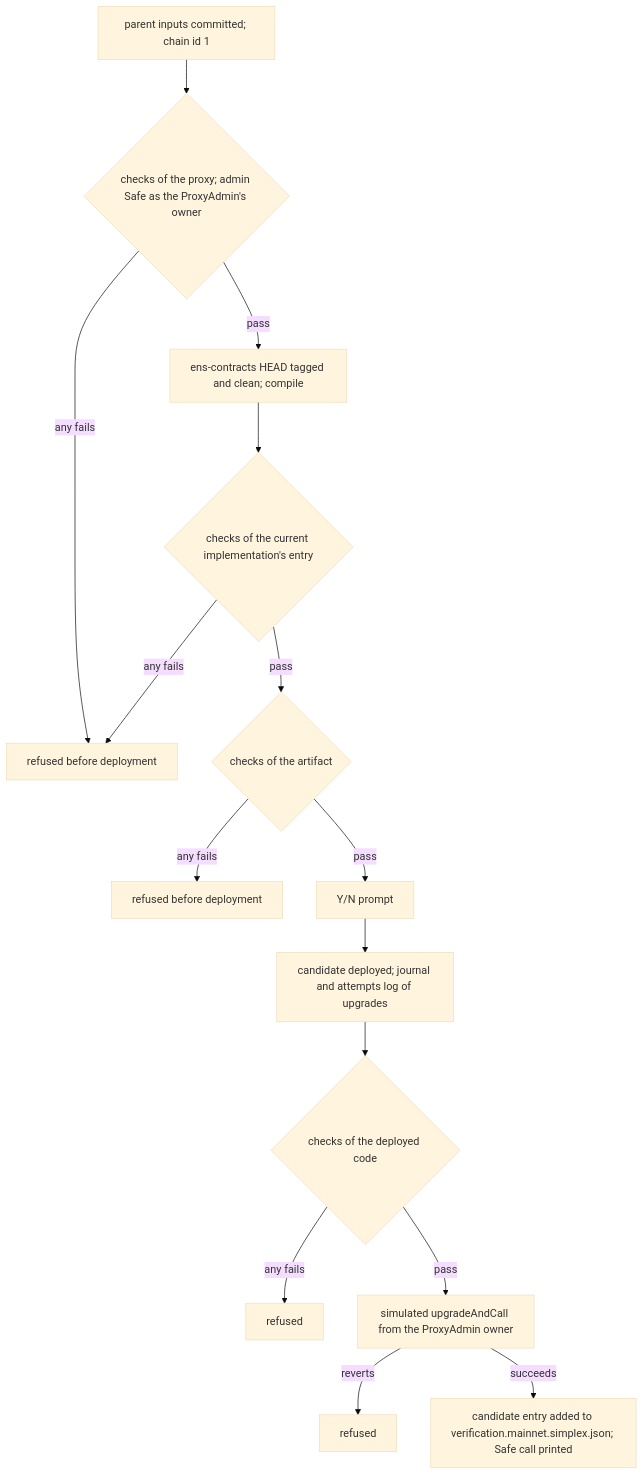
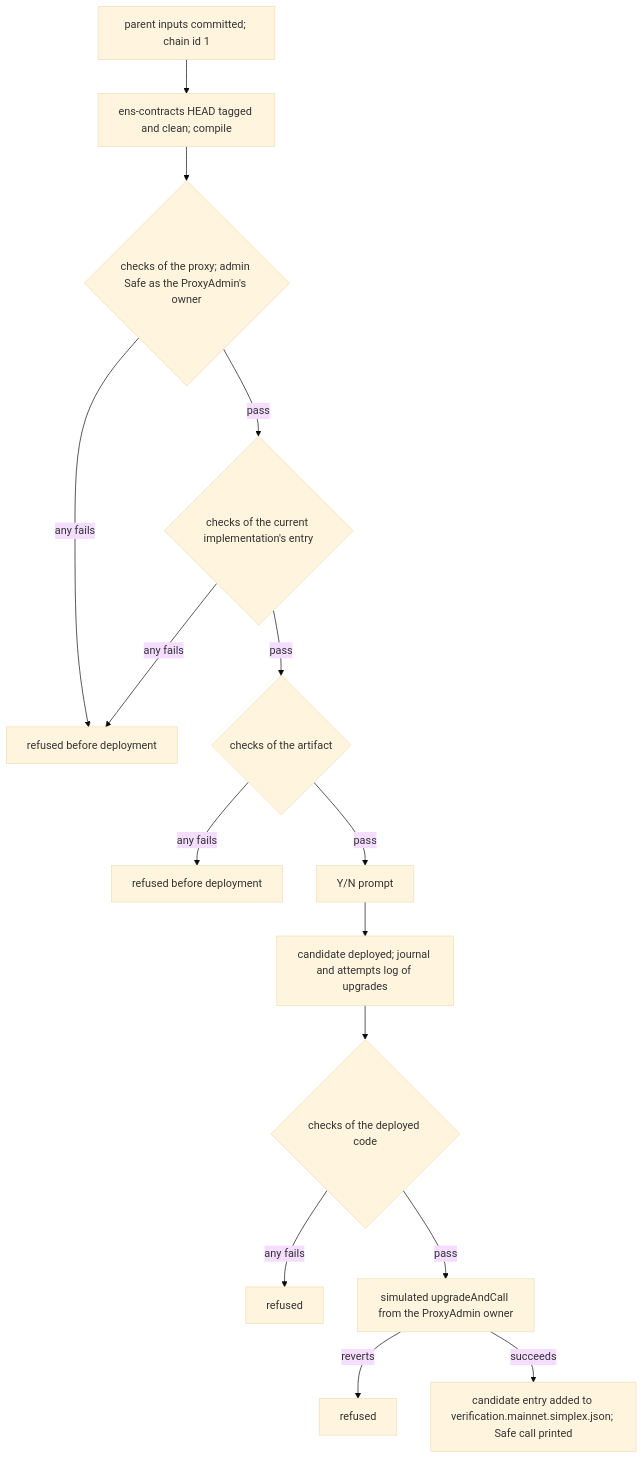
Before and after one commit to brenzi-agent/simplex-namespace-contract: the sixth of 7 diagrams in docs/deployment.md, drawn with Mermaid (base theme). The commit also changed other lines of this file, not shown here.

Commit message:
docs: runbook for the round-3 scripts, Safe signing and run 1 from main

````diff
--- a/docs/deployment.md
+++ b/docs/deployment.md
@@ -988,17 +1020,17 @@
 ```mermaid
 flowchart TD
-  C[parent inputs committed; chain id 1] --> O{checks of the proxy; admin Safe as the ProxyAdmin's owner}
+  C[parent inputs committed; chain id 1] --> S[ens-contracts HEAD tagged and clean; compile]
+  S --> O{checks of the proxy; admin Safe as the ProxyAdmin's owner}
   O -->|any fails| X0[refused before deployment]
-  O -->|pass| S[ens-contracts HEAD tagged and clean; compile]
-  S --> A{checks of the current implementation's entry}
+  O -->|pass| A{checks of the current implementation's entry}
   A -->|any fails| X0
   A -->|pass| L{checks of the artifact}
   L -->|any fails| X1[refused before deployment]
   L -->|pass| Y[Y/N prompt]
   Y --> D[candidate deployed; journal and attempts log of upgrades]
   D --> K{checks of the deployed code}
   K -->|any fails| X2[refused]
   K -->|pass| M[simulated upgradeAndCall from the ProxyAdmin owner]
   M -->|reverts| X3[refused]
   M -->|succeeds| W[candidate entry added to verification.mainnet.simplex.json; Safe call printed]
 ```
````
